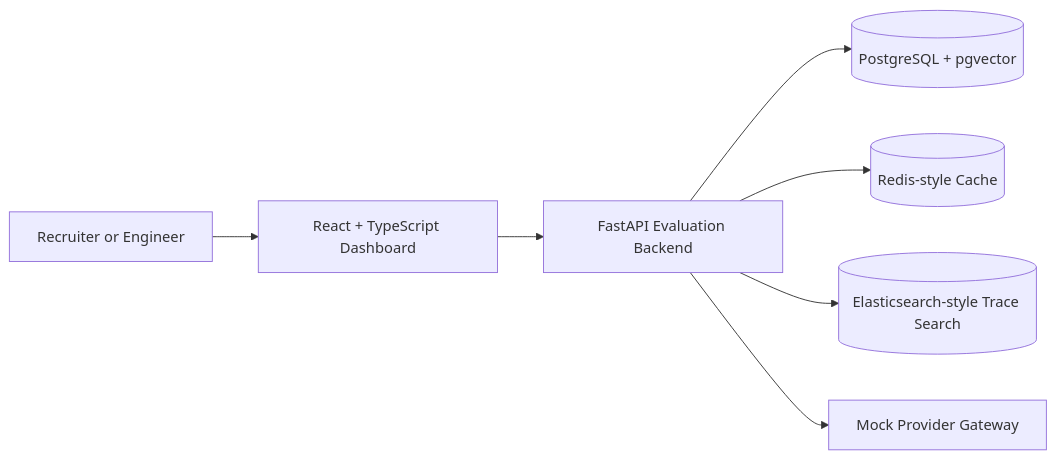
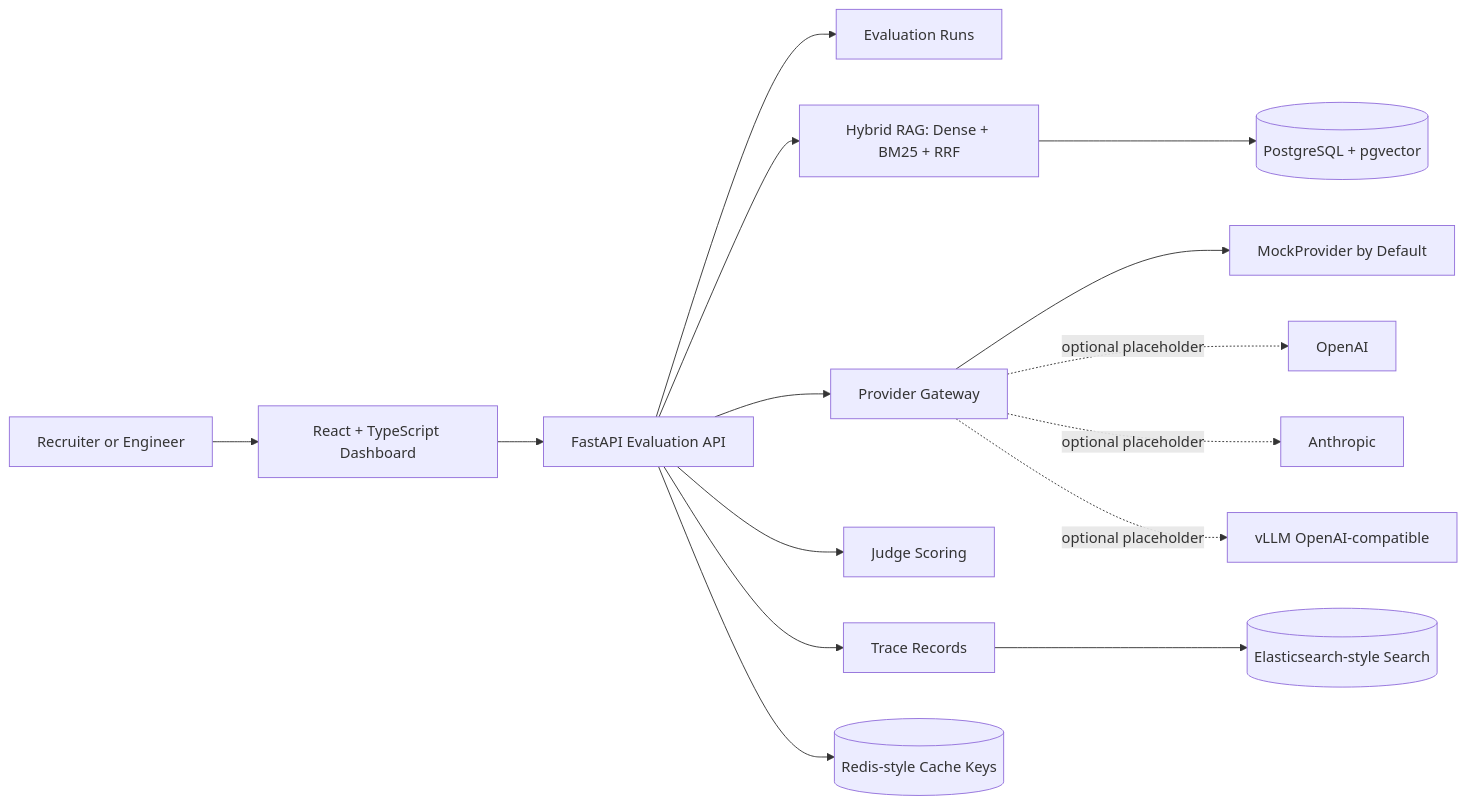
One commit to XiaoyunYin/llm-eval-rag-observability-platform changed the diagram in README.md. Above: the diagram before and after it, drawn with Mermaid. The commit also changed other lines of this file and 3 other files, not shown here.

````diff
--- a/README.md
+++ b/README.md
@@ -24,9 +13,17 @@
 ```mermaid
 flowchart LR
-    User[Recruiter or Engineer] --> Frontend[React + TypeScript Dashboard]
-    Frontend --> Backend[FastAPI Evaluation Backend]
-    Backend --> Postgres[(PostgreSQL + pgvector)]
-    Backend --> Redis[(Redis-style Cache)]
-    Backend --> Elasticsearch[(Elasticsearch-style Trace Search)]
-    Backend --> Providers[Mock Provider Gateway]
+    Reviewer[Recruiter or Engineer] --> Dashboard[React + TypeScript Dashboard]
+    Dashboard --> API[FastAPI Evaluation API]
+    API --> Runs[Evaluation Runs]
+    API --> Retrieval[Hybrid RAG: Dense + BM25 + RRF]
+    API --> Gateway[Provider Gateway]
+    API --> Judge[Judge Scoring]
+    API --> Trace[Trace Records]
+    Retrieval --> Postgres[(PostgreSQL + pgvector)]
+    API --> Redis[(Redis-style Cache Keys)]
+    Trace --> Elasticsearch[(Elasticsearch-style Search)]
+    Gateway --> Mock[MockProvider by Default]
+    Gateway -. optional placeholder .-> OpenAI[OpenAI]
+    Gateway -. optional placeholder .-> Anthropic[Anthropic]
+    Gateway -. optional placeholder .-> VLLM[vLLM OpenAI-compatible]
 ```
````
